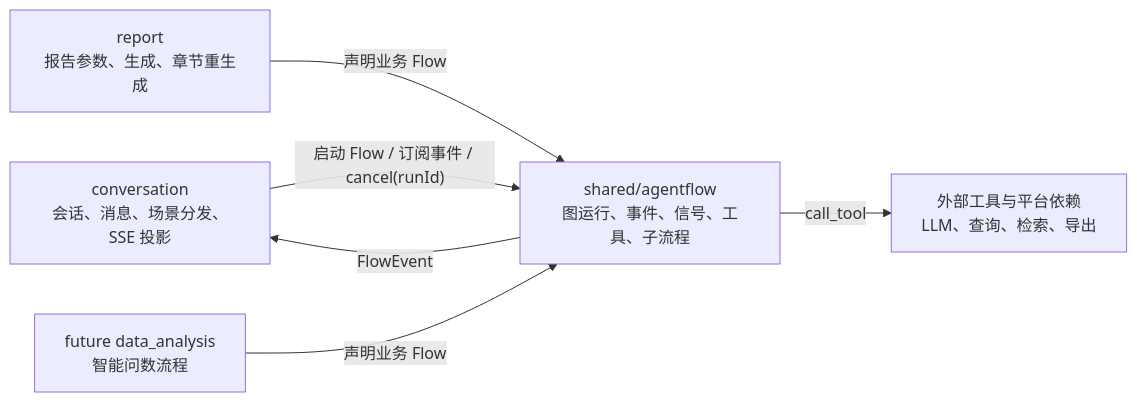
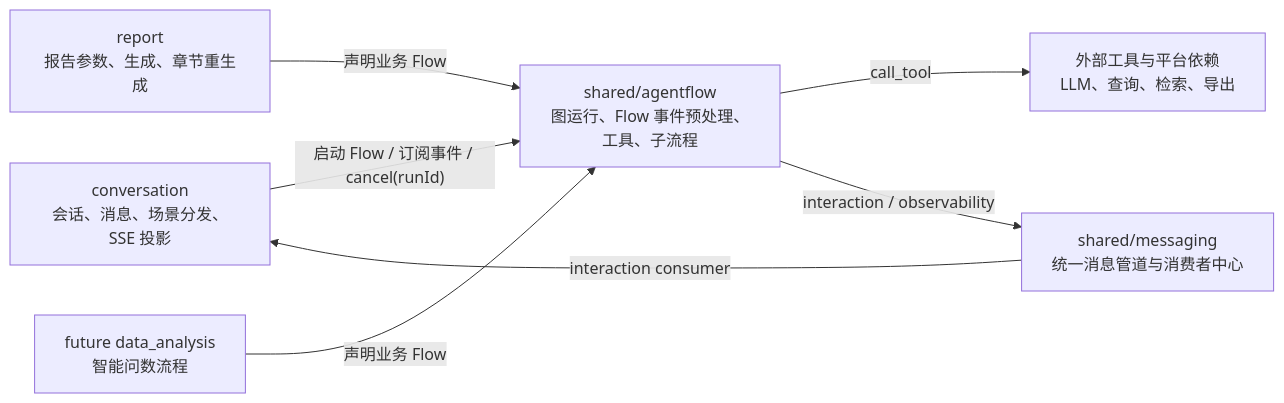
The first of 8 diagrams in docs/implementation/agentflow/README.md (shel447/ReportSystem), drawn with Mermaid before and after one commit. The commit also changed other lines of this file and 41 other files, not shown here.

````diff
--- a/docs/implementation/agentflow/README.md
+++ b/docs/implementation/agentflow/README.md
@@ -12,14 +12,16 @@
 ```mermaid
 flowchart LR
     conversation["conversation<br/>会话、消息、场景分发、SSE 投影"]
-    agentflow["shared/agentflow<br/>图运行、事件、信号、工具、子流程"]
+    agentflow["shared/agentflow<br/>图运行、Flow 事件预处理、工具、子流程"]
+    messaging["shared/messaging<br/>统一消息管道与消费者中心"]
     report["report<br/>报告参数、生成、章节重生成"]
     data["future data_analysis<br/>智能问数流程"]
     tools["外部工具与平台依赖<br/>LLM、查询、检索、导出"]
 
     conversation -->|"启动 Flow / 订阅事件 / cancel(runId)"| agentflow
     report -->|"声明业务 Flow"| agentflow
     data -->|"声明业务 Flow"| agentflow
     agentflow -->|"call_tool"| tools
-    agentflow -->|"FlowEvent"| conversation
+    agentflow -->|"interaction / observability"| messaging
+    messaging -->|"interaction consumer"| conversation
 ```
````
